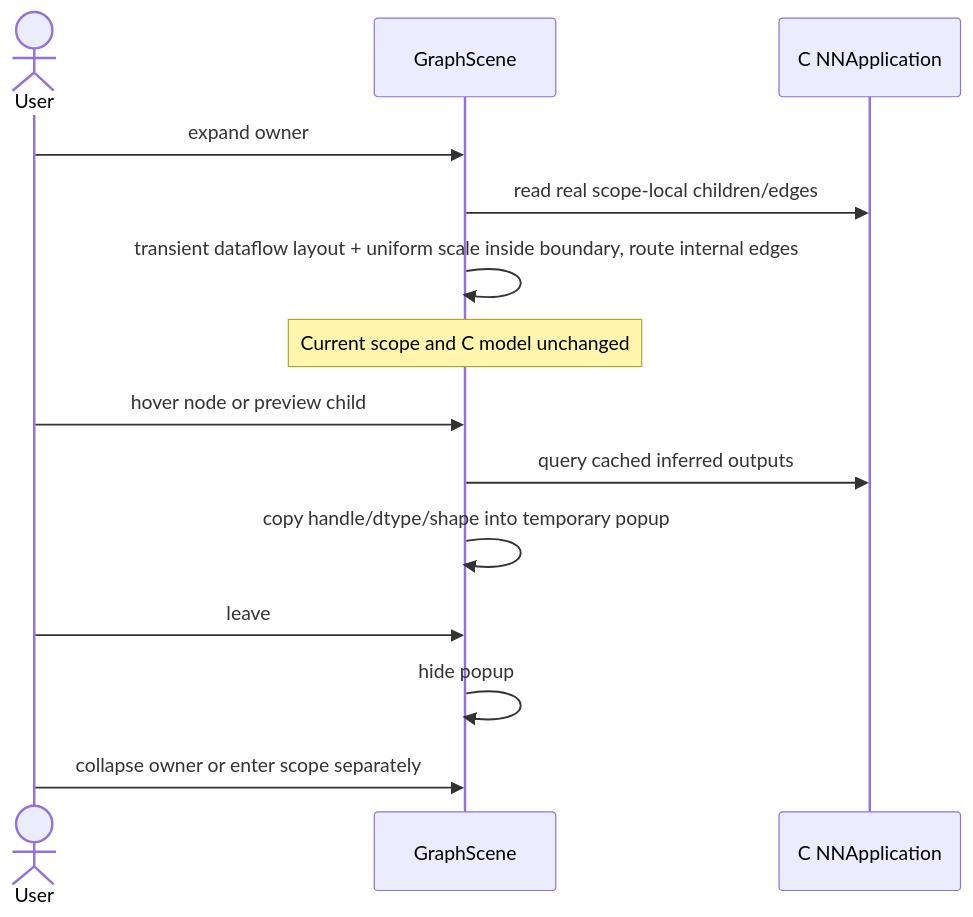
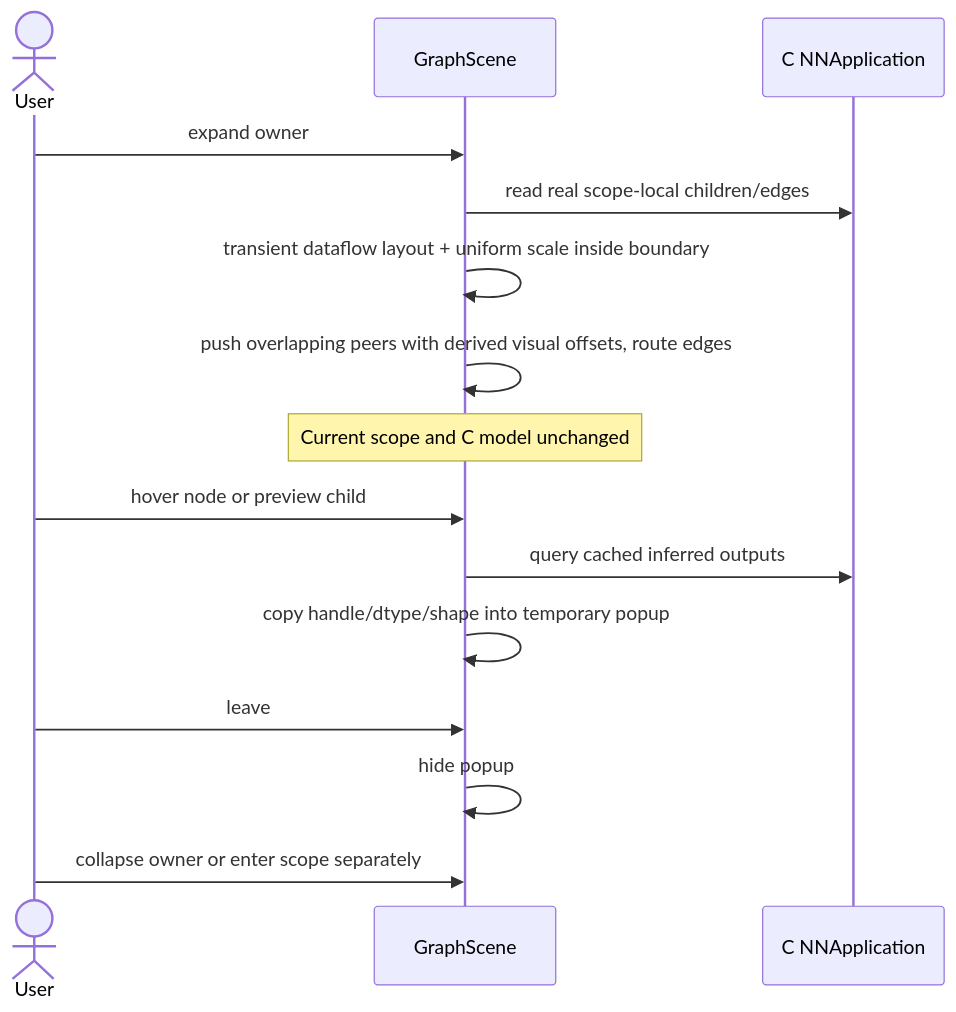
Before and after one commit to LucaSforza/nnmodelling-ui: diagram 14 of 15 in docs/knowledge/uml/sequences.md, drawn with Mermaid. The commit also changed 2 other files, not shown here.

Commit message:
docs: accept temporary expansion collision offsets

````diff
--- a/docs/knowledge/uml/sequences.md
+++ b/docs/knowledge/uml/sequences.md
@@ -326,16 +326,17 @@
 ```mermaid
 sequenceDiagram
     actor User
     participant Scene as GraphScene
     participant App as C NNApplication
     User->>Scene: expand owner
     Scene->>App: read real scope-local children/edges
-    Scene->>Scene: transient dataflow layout + uniform scale inside boundary, route internal edges
+    Scene->>Scene: transient dataflow layout + uniform scale inside boundary
+    Scene->>Scene: push overlapping peers with derived visual offsets, route edges
     Note over Scene: Current scope and C model unchanged
     User->>Scene: hover node or preview child
     Scene->>App: query cached inferred outputs
     Scene->>Scene: copy handle/dtype/shape into temporary popup
     User->>Scene: leave
     Scene->>Scene: hide popup
     User->>Scene: collapse owner or enter scope separately
 ```
````
